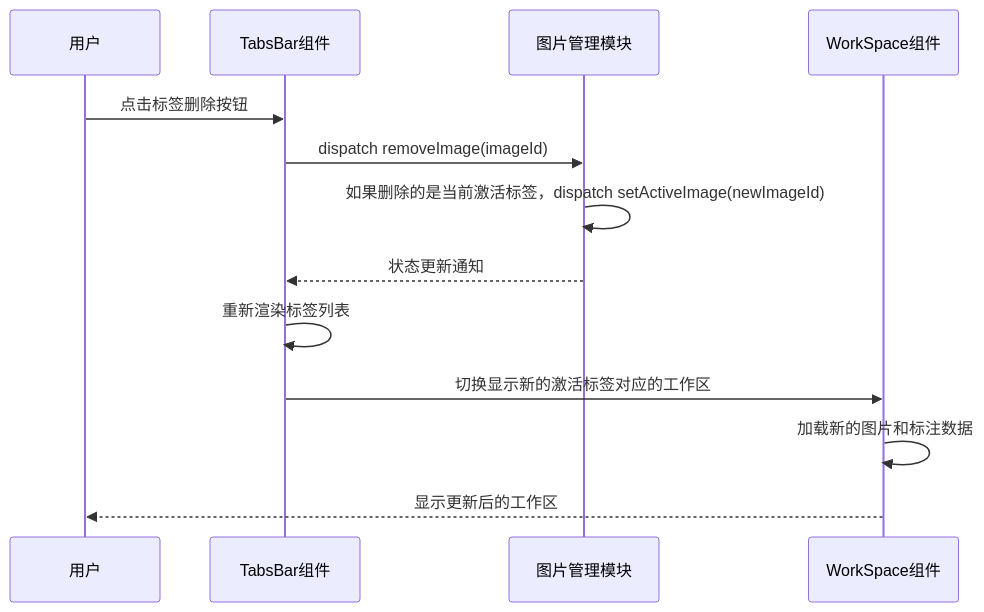
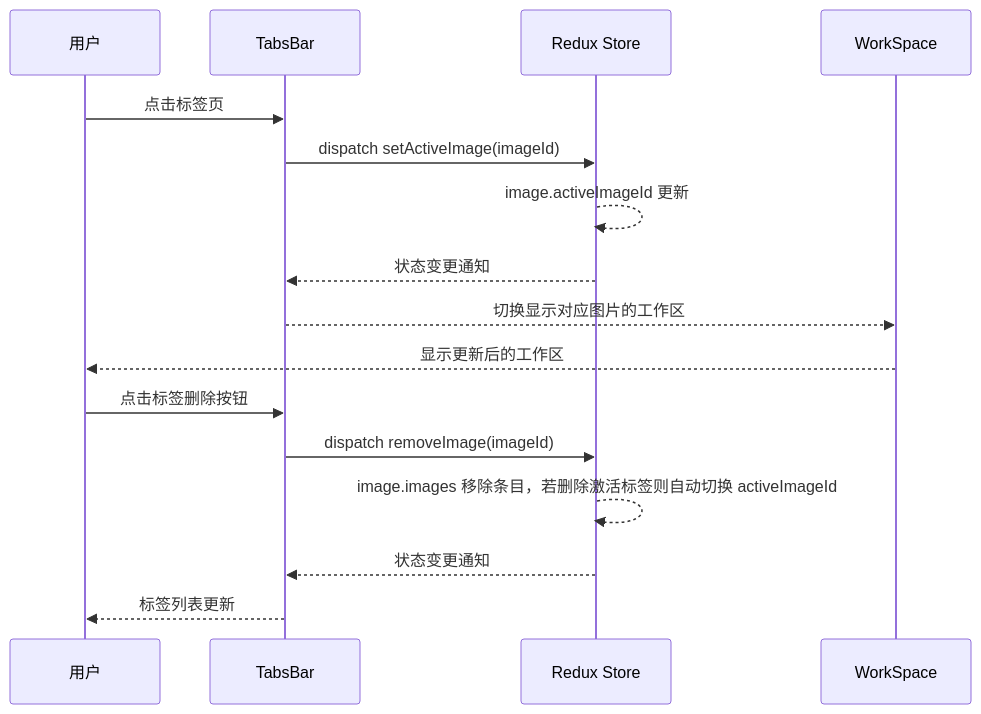
The sixth of 8 diagrams in doc/技术设计/表现层设计.md (kampfer/trae-image-marker), drawn with Mermaid before and after one commit. The commit also changed other lines of this file, not shown here.

````diff
--- a/doc/技术设计/表现层设计.md
+++ b/doc/技术设计/表现层设计.md
@@ -398,16 +406,20 @@
 ```mermaid
 sequenceDiagram
     participant User as 用户
-    participant TabsBar as TabsBar组件
-    participant ImageModule as 图片管理模块
-    participant WorkSpace as WorkSpace组件
+    participant TabsBar as TabsBar
+    participant Redux as Redux Store
+    participant WorkSpace as WorkSpace
+
+    User->>TabsBar: 点击标签页
+    TabsBar->>Redux: dispatch setActiveImage(imageId)
+    Redux-->>Redux: image.activeImageId 更新
+    Redux-->>TabsBar: 状态变更通知
+    TabsBar-->>WorkSpace: 切换显示对应图片的工作区
+    WorkSpace-->>User: 显示更新后的工作区
 
     User->>TabsBar: 点击标签删除按钮
-    TabsBar->>ImageModule: dispatch removeImage(imageId)
-    ImageModule->>ImageModule: 如果删除的是当前激活标签，dispatch setActiveImage(newImageId)
-    ImageModule-->>TabsBar: 状态更新通知
-    TabsBar->>TabsBar: 重新渲染标签列表
-    TabsBar->>WorkSpace: 切换显示新的激活标签对应的工作区
-    WorkSpace->>WorkSpace: 加载新的图片和标注数据
-    WorkSpace-->>User: 显示更新后的工作区
+    TabsBar->>Redux: dispatch removeImage(imageId)
+    Redux-->>Redux: image.images 移除条目，若删除激活标签则自动切换 activeImageId
+    Redux-->>TabsBar: 状态变更通知
+    TabsBar-->>User: 标签列表更新
 ```
````
